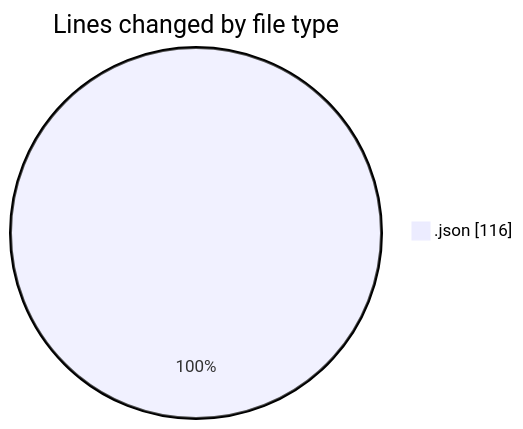
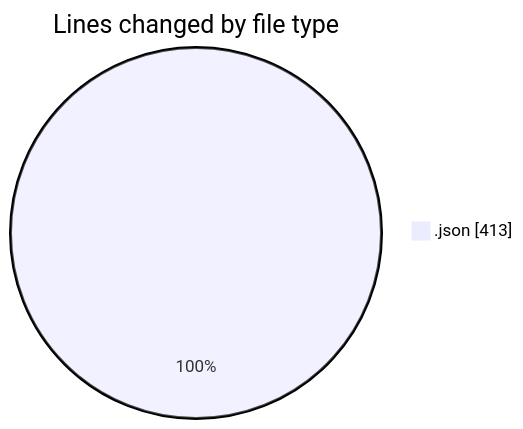
One commit to EIIisD/code-tracking changed the first of 2 diagrams in 2025-08-03/macrowhisper/README.md. Above: the diagram before and after it, drawn with Mermaid. The commit also changed other lines of this file and 1 other file, not shown here.

````diff
--- a/2025-08-03/macrowhisper/README.md
+++ b/2025-08-03/macrowhisper/README.md
@@ -20,5 +21,5 @@
 ```mermaid
 pie showData
 title Lines changed by file type
-".json" : 116
+".json" : 413
 ```
````
